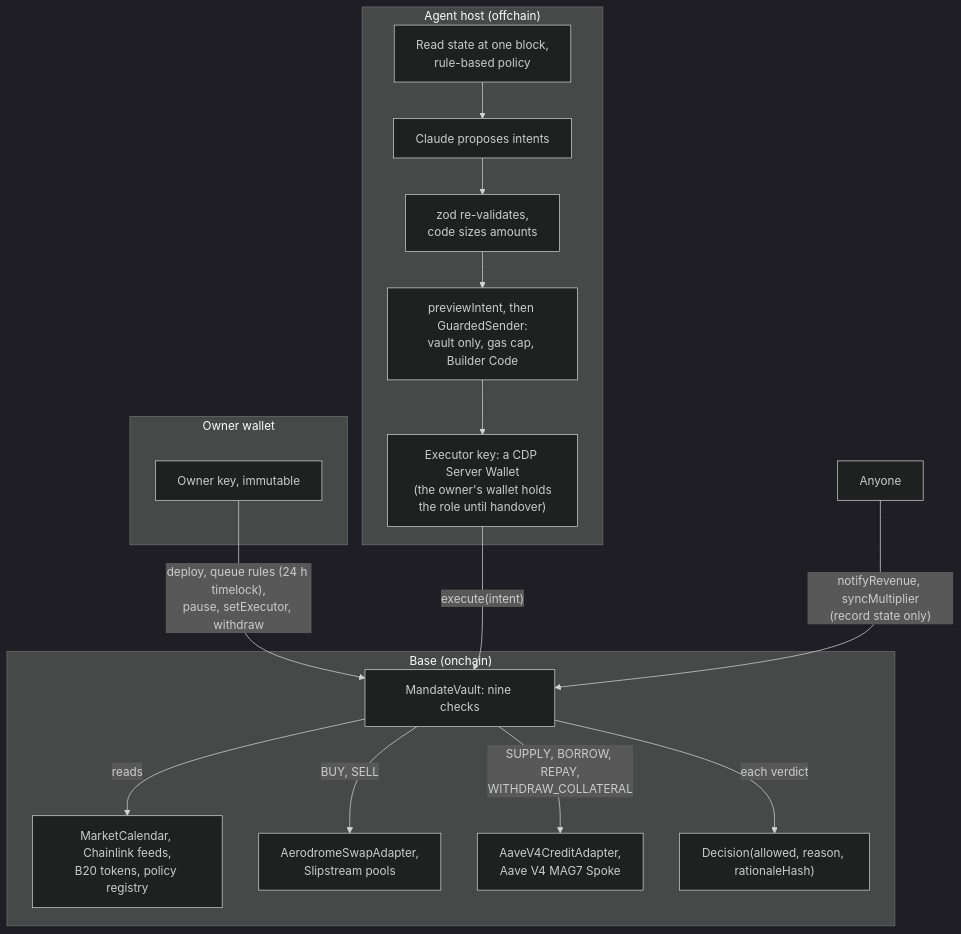
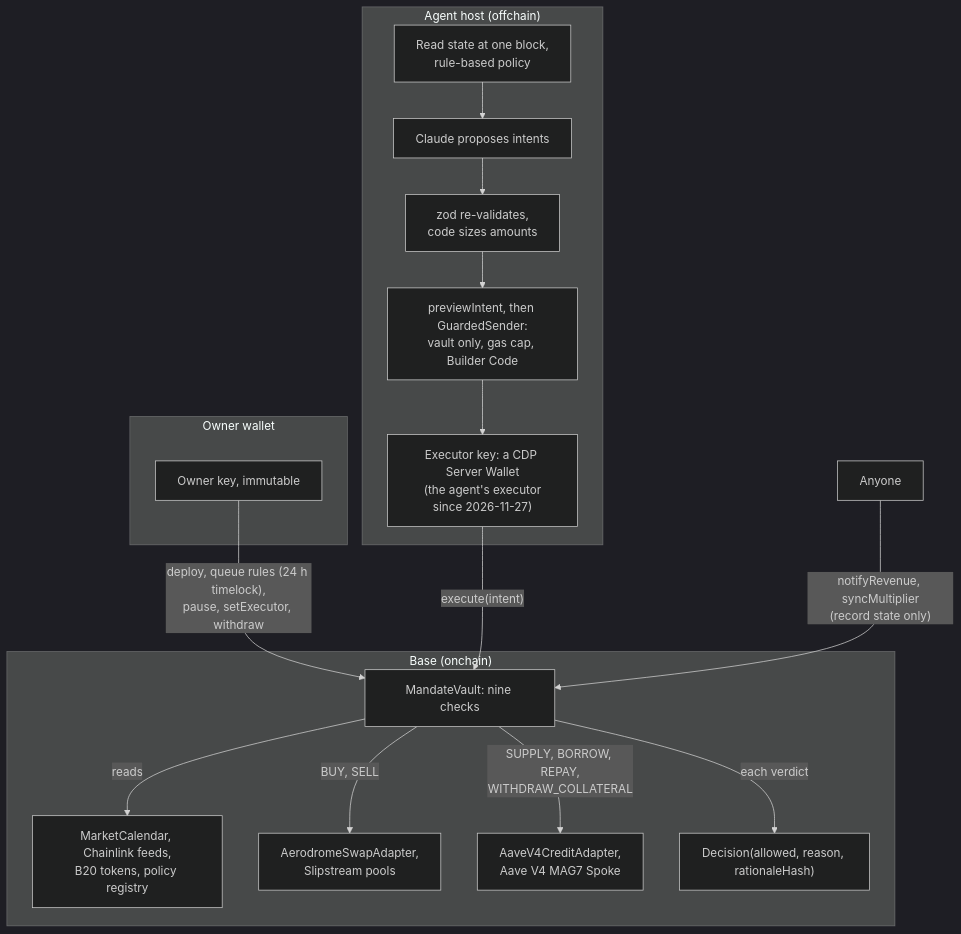
Before and after one commit to duongnq2798/maat: the diagram in README.md, drawn with Mermaid (dark theme). The commit also changed other lines of this file and 37 other files, not shown here.

First line of the commit message:
docs: say the agent is live on Base mainnet since 27 Nov 2026

````diff
--- a/README.md
+++ b/README.md
@@ -201,21 +204,21 @@
 ```mermaid
 flowchart TD
     subgraph OWNER["Owner wallet"]
         O["Owner key, immutable"]
     end
     subgraph HOST["Agent host (offchain)"]
         P["Read state at one block,<br/>rule-based policy"] --> C["Claude proposes intents"]
         C --> Z["zod re-validates,<br/>code sizes amounts"]
         Z --> G["previewIntent, then GuardedSender:<br/>vault only, gas cap, Builder Code"]
-        G --> X["Executor key: a CDP Server Wallet<br/>(the owner's wallet holds<br/>the role until handover)"]
+        G --> X["Executor key: a CDP Server Wallet<br/>(the agent's executor<br/>since 2026-11-27)"]
     end
     subgraph BASE["Base (onchain)"]
         MV["MandateVault: nine checks"] -->|reads| R["MarketCalendar, Chainlink feeds,<br/>B20 tokens, policy registry"]
         MV -->|"BUY, SELL"| SA["AerodromeSwapAdapter,<br/>Slipstream pools"]
         MV -->|"SUPPLY, BORROW, REPAY,<br/>WITHDRAW_COLLATERAL"| CA["AaveV4CreditAdapter,<br/>Aave V4 MAG7 Spoke"]
         MV -->|"each verdict"| D["Decision(allowed, reason, rationaleHash)"]
     end
     O -->|"deploy, queue rules (24 h timelock),<br/>pause, setExecutor, withdraw"| MV
     X -->|"execute(intent)"| MV
     ANY["Anyone"] -->|"notifyRevenue, syncMultiplier<br/>(record state only)"| MV
 ```
````
